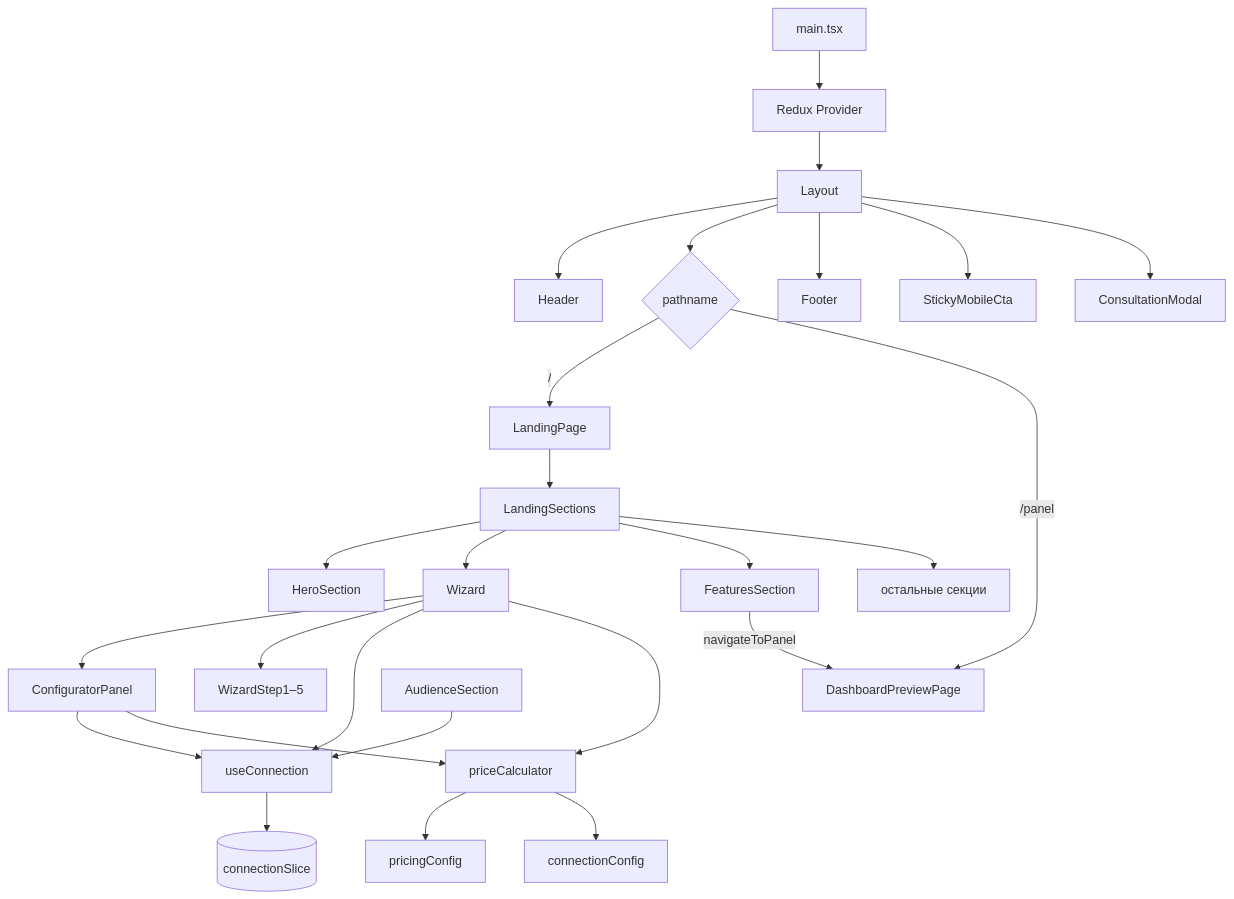
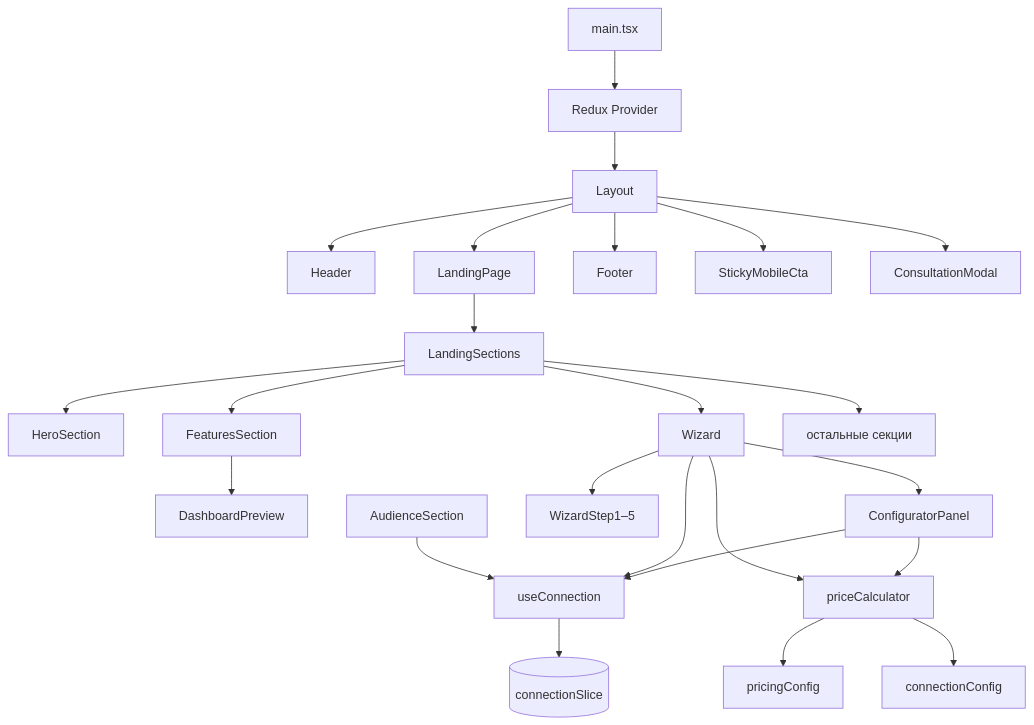
The diagram in client/README.md (3key333/NAFI-hacaton), drawn with Mermaid before and after one commit. The commit also changed other lines of this file and 15 other files, not shown here.

````diff
--- a/client/README.md
+++ b/client/README.md
@@ -62,30 +57,28 @@
 ```mermaid
 flowchart TB
   main[main.tsx] --> Provider[Redux Provider]
   Provider --> Layout[Layout]
   Layout --> Header
-  Layout --> Main{pathname}
-  Main -->|/| LandingPage
-  Main -->|/panel| DashboardPreviewPage
+  Layout --> LandingPage
   Layout --> Footer
   Layout --> StickyMobileCta
   Layout --> ConsultationModal
 
   LandingPage --> LandingSections
   LandingSections --> HeroSection
   LandingSections --> Wizard
   LandingSections --> FeaturesSection
   LandingSections --> OtherSections[остальные секции]
-  FeaturesSection -->|navigateToPanel| DashboardPreviewPage
+  FeaturesSection --> DashboardPreview
 
   Wizard --> ConfiguratorPanel
   Wizard --> WizardSteps[WizardStep1–5]
   ConfiguratorPanel --> useConnection
   Wizard --> useConnection
   AudienceSection --> useConnection
   useConnection --> connectionSlice[(connectionSlice)]
   ConfiguratorPanel --> priceCalculator
   Wizard --> priceCalculator
   priceCalculator --> pricingConfig
   priceCalculator --> connectionConfig
 ```
````
